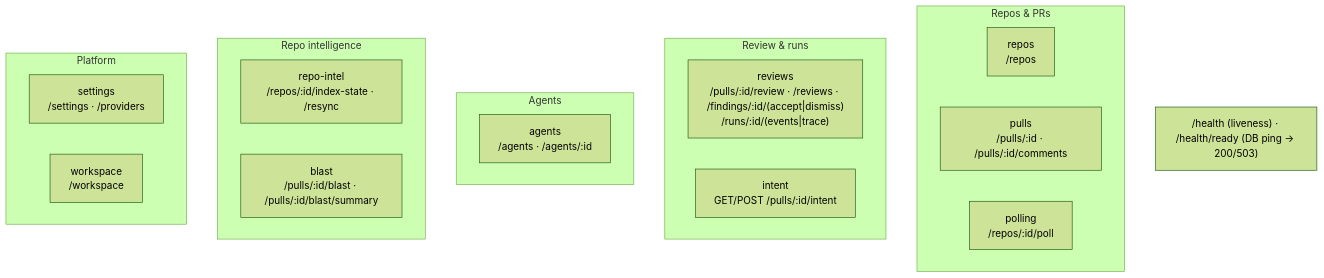
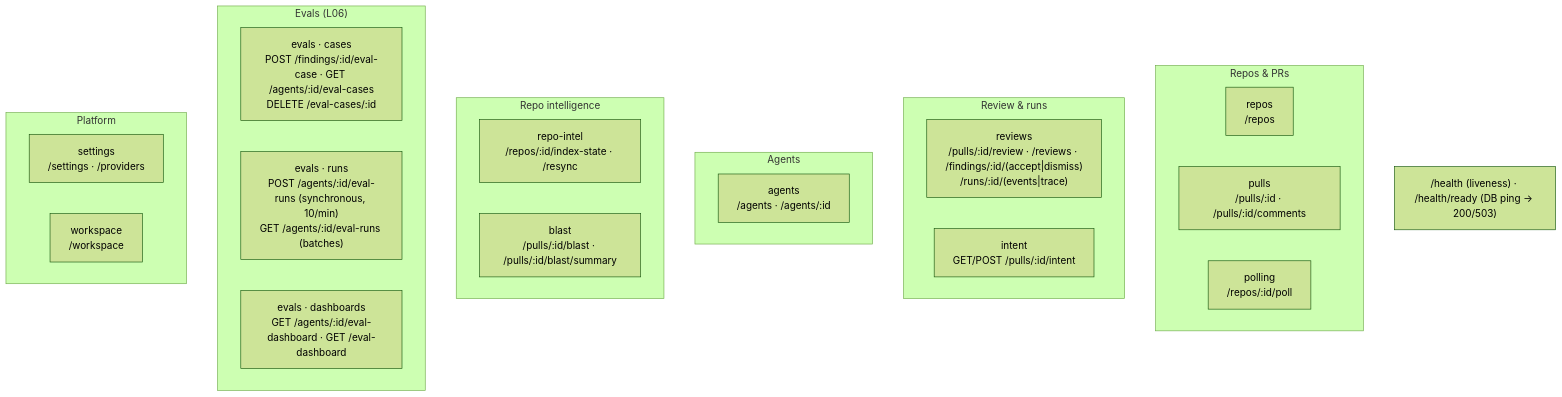
Before and after one commit to sergyinfo/neoversity-dev-digest: the second of 2 diagrams in server/README.md, drawn with Mermaid (forest theme). The commit also changed other lines of this file and 5 other files, not shown here.

````diff
--- a/server/README.md
+++ b/server/README.md
@@ -64,24 +64,29 @@
 ```mermaid
 flowchart TB
   subgraph Repos_PRs["Repos & PRs"]
     repos["repos<br/>/repos"]
     pulls["pulls<br/>/pulls/:id · /pulls/:id/comments"]
     polling["polling<br/>/repos/:id/poll"]
   end
   subgraph Review["Review & runs"]
     reviews["reviews<br/>/pulls/:id/review · /reviews · /findings/:id/(accept|dismiss)<br/>/runs/:id/(events|trace)"]
     intent["intent<br/>GET/POST /pulls/:id/intent"]
   end
   subgraph Agents["Agents"]
     agents["agents<br/>/agents · /agents/:id"]
   end
   subgraph Intel["Repo intelligence"]
     repoIntel["repo-intel<br/>/repos/:id/index-state · /resync"]
     blast["blast<br/>/pulls/:id/blast · /pulls/:id/blast/summary"]
   end
+  subgraph Evals["Evals (L06)"]
+    evalCases["evals · cases<br/>POST /findings/:id/eval-case · GET /agents/:id/eval-cases<br/>DELETE /eval-cases/:id"]
+    evalRuns["evals · runs<br/>POST /agents/:id/eval-runs (synchronous, 10/min)<br/>GET /agents/:id/eval-runs (batches)"]
+    evalDash["evals · dashboards<br/>GET /agents/:id/eval-dashboard · GET /eval-dashboard"]
+  end
   subgraph Platform["Platform"]
     settings["settings<br/>/settings · /providers"]
     workspace["workspace<br/>/workspace"]
   end
   HEALTH["/health (liveness) · /health/ready (DB ping → 200/503)"]
 ```
````
